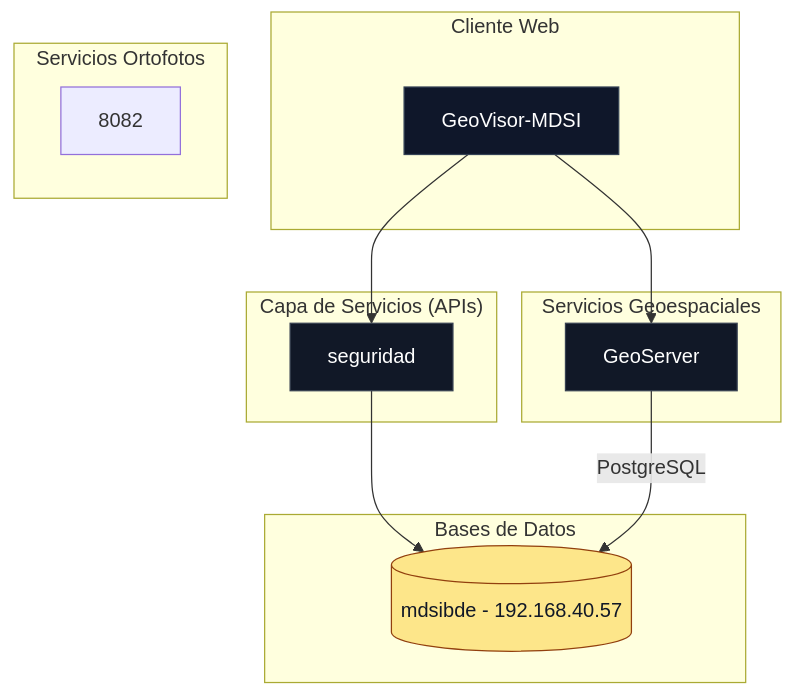
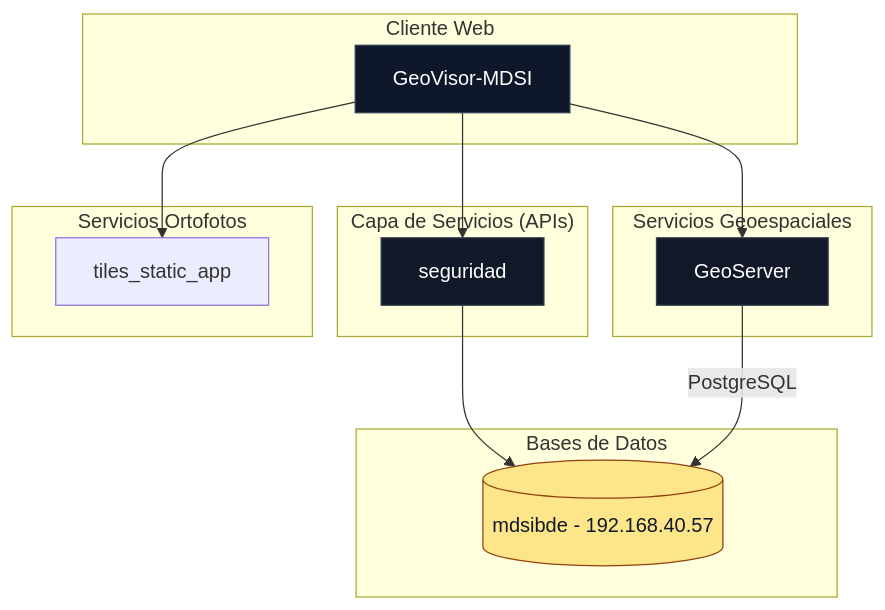
Before and after one commit to mdsigeovisor/geovisormdsi: the diagram in README.md, drawn with Mermaid.

````diff
--- a/README.md
+++ b/README.md
@@ -3,45 +3,48 @@
 ```mermaid
 graph TB
   %% =========================
   %% COMPONENTES
   %% =========================
   subgraph "Cliente Web"
     FRONT[GeoVisor-MDSI]
   end
 
   subgraph "Capa de Servicios (APIs)"
     AUTH[seguridad]
   end
 
   subgraph "Bases de Datos"
     DB1[(mdsibde - 192.168.40.57)]
   end
   
   subgraph "Servicios Geoespaciales"
     GEOSERVER[GeoServer]
   end
 
   subgraph "Servicios Ortofotos"
-    192.168.40.57[8082]
+    ORTOFOTOS[tiles_static_app]
   end
 
   %% =========================
   %% RELACIONES
   %% =========================
   FRONT --> AUTH
   FRONT --> GEOSERVER
+  FRONT --> ORTOFOTOS
+  
+
 
   AUTH --> DB1
   GEOSERVER -- "PostgreSQL" --> DB1
 
   %% =========================
   %% ESTILOS
   %% =========================
   classDef front fill:#0f172a,stroke:#334155,stroke-width:1px,color:#fff;
   classDef service fill:#111827,stroke:#374151,stroke-width:1px,color:#fff;
   classDef db fill:#fde68a,stroke:#92400e,stroke-width:1px,color:#111827;
 
   class FRONT front;
   class AUTH,GEOSERVER service;
   class DB1 db;
 ```
````
